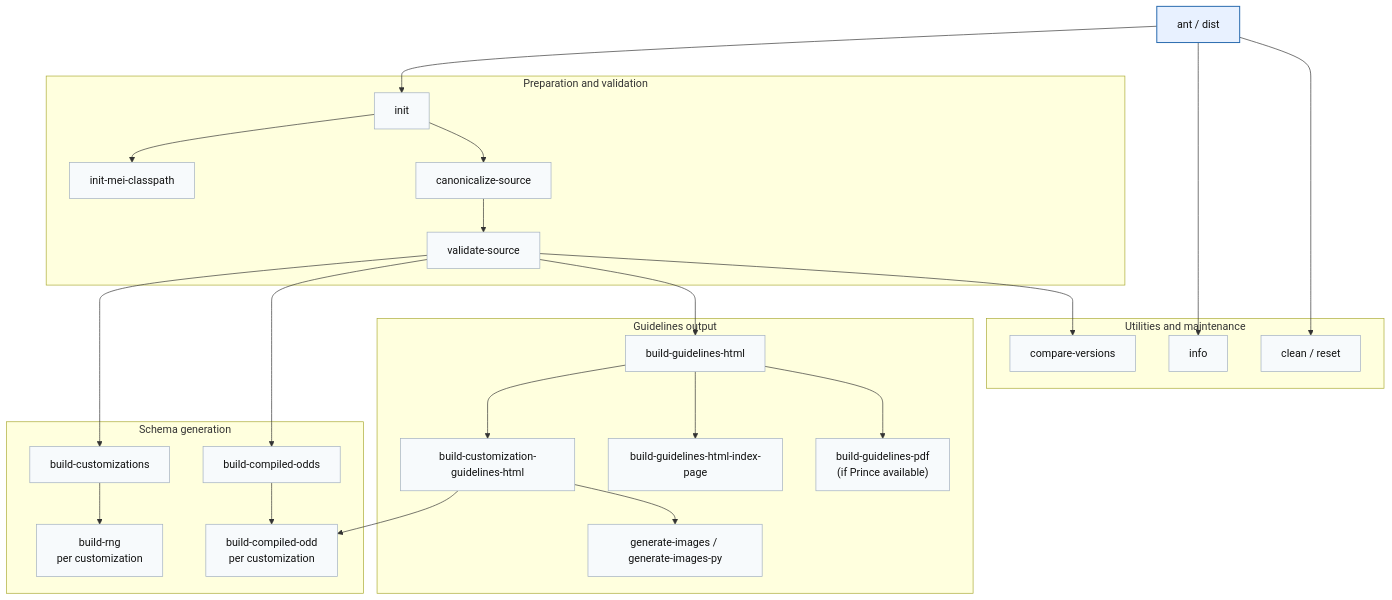
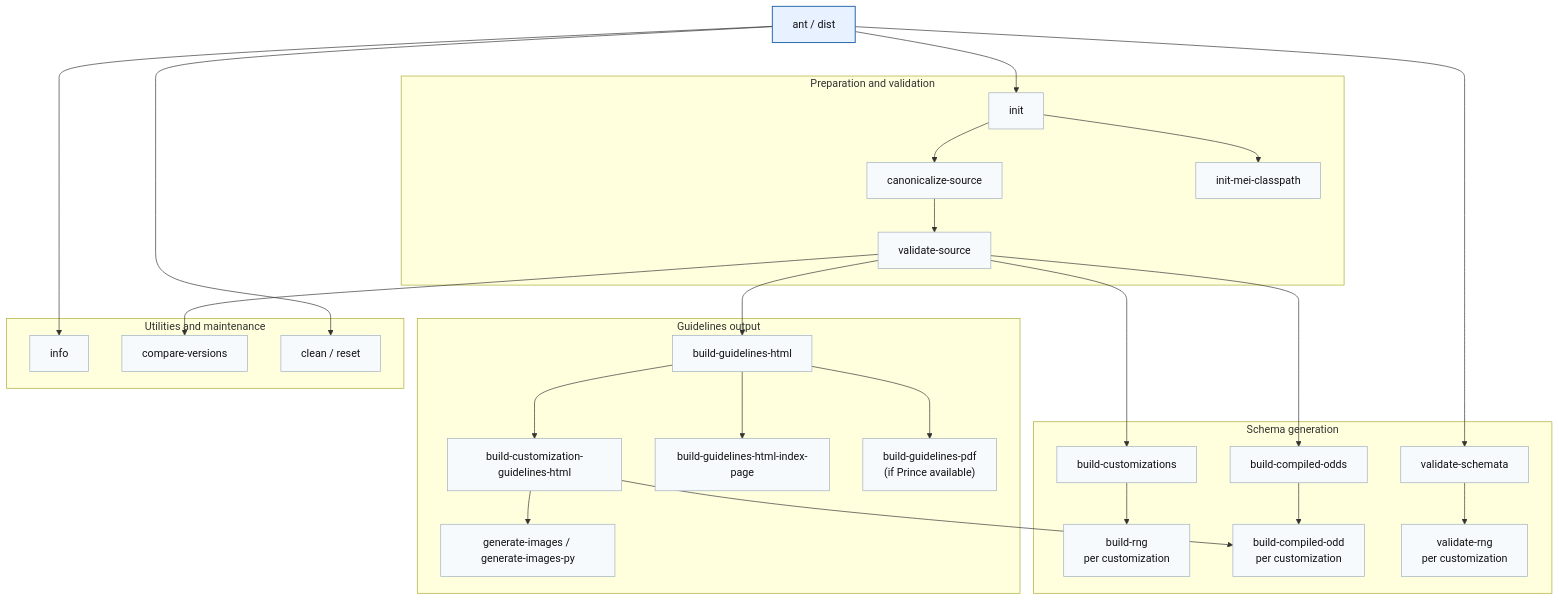
One commit to music-encoding/music-encoding changed the diagram in BUILD_COMMANDLINE.md. Above: the diagram before and after it, drawn with Mermaid. The commit also changed other lines of this file and 4 other files, not shown here.

First line of the commit message:
validation: add validation for built schemata (#1869)

````diff
--- a/BUILD_COMMANDLINE.md
+++ b/BUILD_COMMANDLINE.md
@@ -145,58 +146,62 @@
 ```mermaid
 flowchart TD
     DIST["ant / dist"]:::primary
 
     subgraph PREP["Preparation and validation"]
         CANON["canonicalize-source"]
         VALID["validate-source"]
         INIT["init"]
         CLP["init-mei-classpath"]
     end
 
     subgraph SCHEMA["Schema generation"]
         RNGS["build-customizations"]
         ODDS["build-compiled-odds"]
         RNG_CUS["build-rng\nper customization"]
         ODD_CUS["build-compiled-odd\nper customization"]
+        VALID_SCH["validate-schemata"]
+        VALID_CUS["validate-rng\nper customization"]
     end
 
     subgraph DOCS["Guidelines output"]
         HTML["build-guidelines-html"]
         HTML_CUS["build-customization-guidelines-html"]
         IDX["build-guidelines-html-index-page"]
         PDF["build-guidelines-pdf\n(if Prince available)"]
         IMG["generate-images / generate-images-py"]
     end
 
     subgraph UTIL["Utilities and maintenance"]
         INFO["info"]
         COMP["compare-versions"]
         CLEAN["clean / reset"]
     end
 
     DIST --> INIT
     INIT --> CLP
     INIT --> CANON
     CANON --> VALID
 
     VALID --> RNGS
     VALID --> ODDS
     VALID --> HTML
     VALID --> COMP
 
     RNGS --> RNG_CUS
+    DIST --> VALID_SCH
+    VALID_SCH --> VALID_CUS
     ODDS --> ODD_CUS
     HTML --> HTML_CUS
     HTML_CUS --> ODD_CUS
     HTML_CUS --> IMG
     HTML --> IDX
     HTML --> PDF
 
     DIST --> INFO
     DIST --> CLEAN
 
     classDef primary fill:#e8f1ff,stroke:#2b6cb0,stroke-width:1.5px,color:#111;
     classDef default fill:#f7fafc,stroke:#a0aec0,stroke-width:1px,color:#111;
     class DIST primary;
-    class CANON,VALID,INIT,CLP,RNGS,ODDS,RNG_CUS,ODD_CUS,HTML,HTML_CUS,IDX,PDF,IMG,INFO,COMP,CLEAN default;
+    class CANON,VALID,INIT,CLP,RNGS,ODDS,RNG_CUS,ODD_CUS,VALID_SCH,VALID_CUS,HTML,HTML_CUS,IDX,PDF,IMG,INFO,COMP,CLEAN default;
 ```
````
